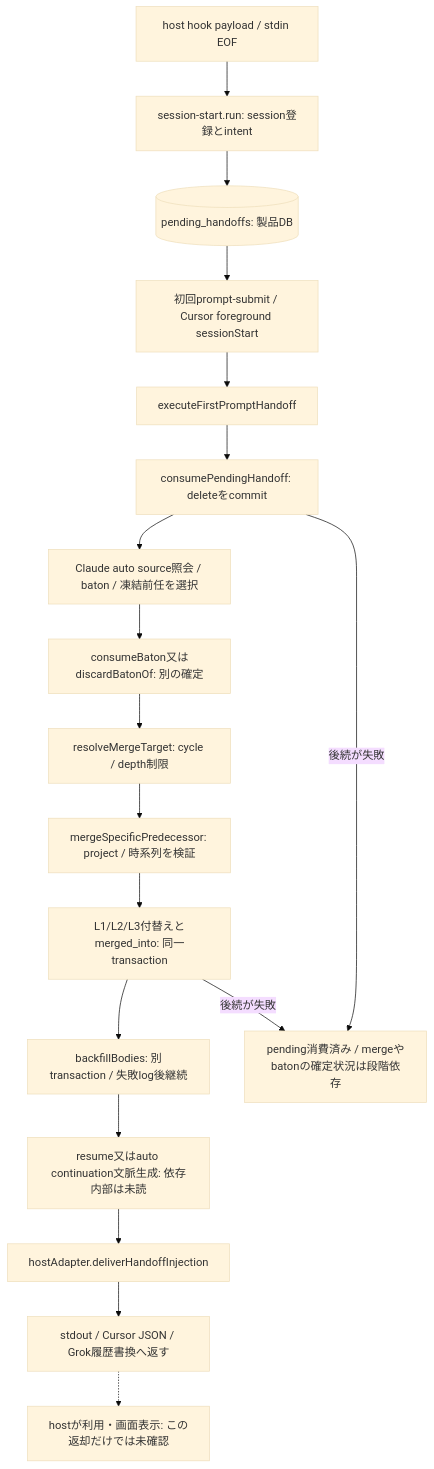
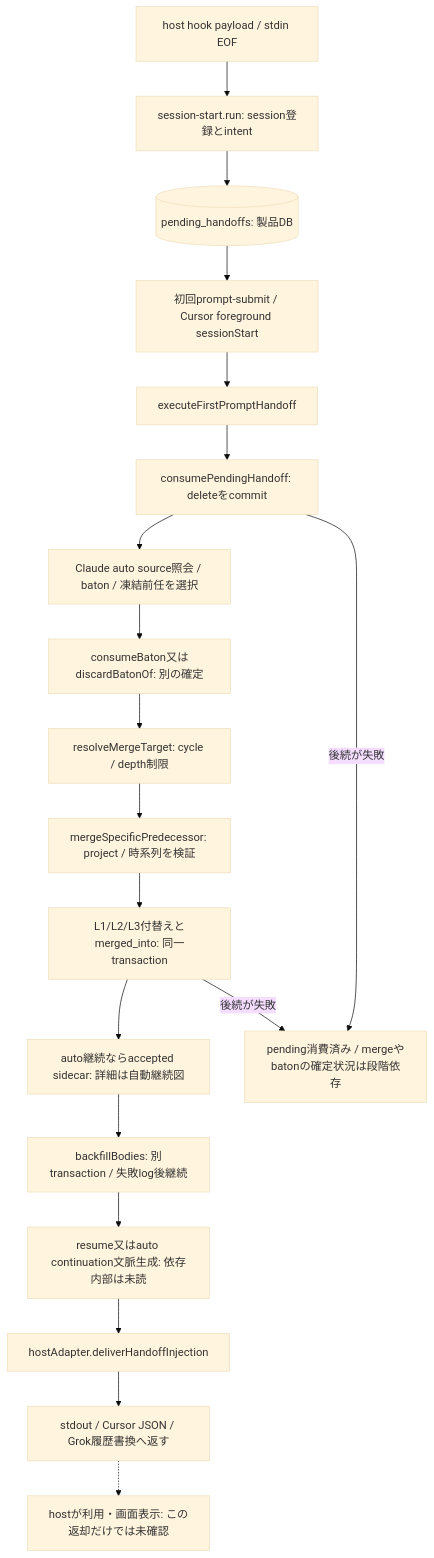
Before and after one commit to kitepon/Throughline: the second of 4 diagrams in docs/architecture/current-entrypoints.md, drawn with Mermaid (base theme). The commit also changed other lines of this file and 4 other files, not shown here.

````diff
--- a/docs/architecture/current-entrypoints.md
+++ b/docs/architecture/current-entrypoints.md
@@ -39,20 +39,21 @@
 ```mermaid
 flowchart TD
   Host[host hook payload / stdin EOF] --> Start[session-start.run: session登録とintent]
   Start --> Pending[(pending_handoffs: 製品DB)]
   Pending --> Caller[初回prompt-submit / Cursor foreground sessionStart]
   Caller --> Take[executeFirstPromptHandoff]
   Take --> Consume[consumePendingHandoff: deleteをcommit]
   Consume --> Source[Claude auto source照会 / baton / 凍結前任を選択]
   Source --> Baton[consumeBaton又はdiscardBatonOf: 別の確定]
   Baton --> Resolve[resolveMergeTarget: cycle / depth制限]
   Resolve --> Merge[mergeSpecificPredecessor: project / 時系列を検証]
   Merge --> Rows[L1/L2/L3付替えとmerged_into: 同一transaction]
-  Rows --> Fill[backfillBodies: 別transaction / 失敗log後継続]
+  Rows --> Accept[auto継続ならaccepted sidecar: 詳細は自動継続図]
+  Accept --> Fill[backfillBodies: 別transaction / 失敗log後継続]
   Fill --> Context[resume又はauto continuation文脈生成: 依存内部は未読]
   Context --> Deliver[hostAdapter.deliverHandoffInjection]
   Deliver --> Visible[stdout / Cursor JSON / Grok履歴書換へ返す]
   Visible -.-> UI[hostが利用・画面表示: この返却だけでは未確認]
   Consume -->|後続が失敗| Partial[pending消費済み / mergeやbatonの確定状況は段階依存]
   Rows -->|後続が失敗| Partial
 ```
````
